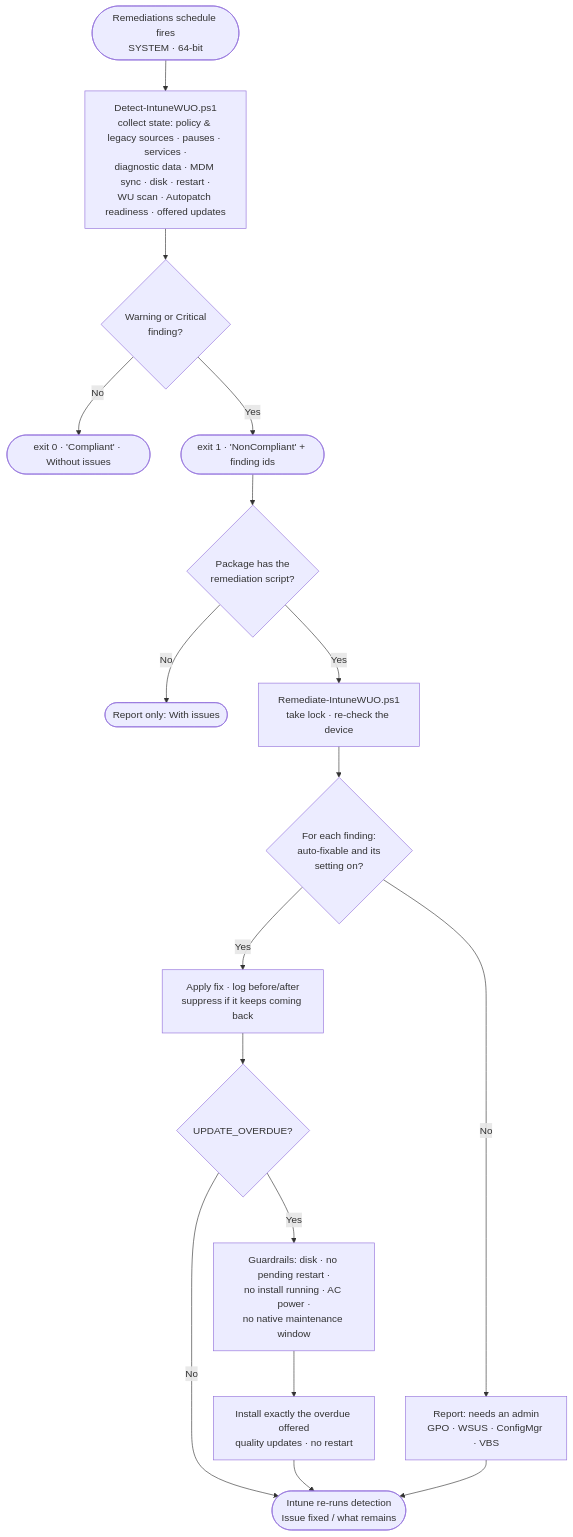
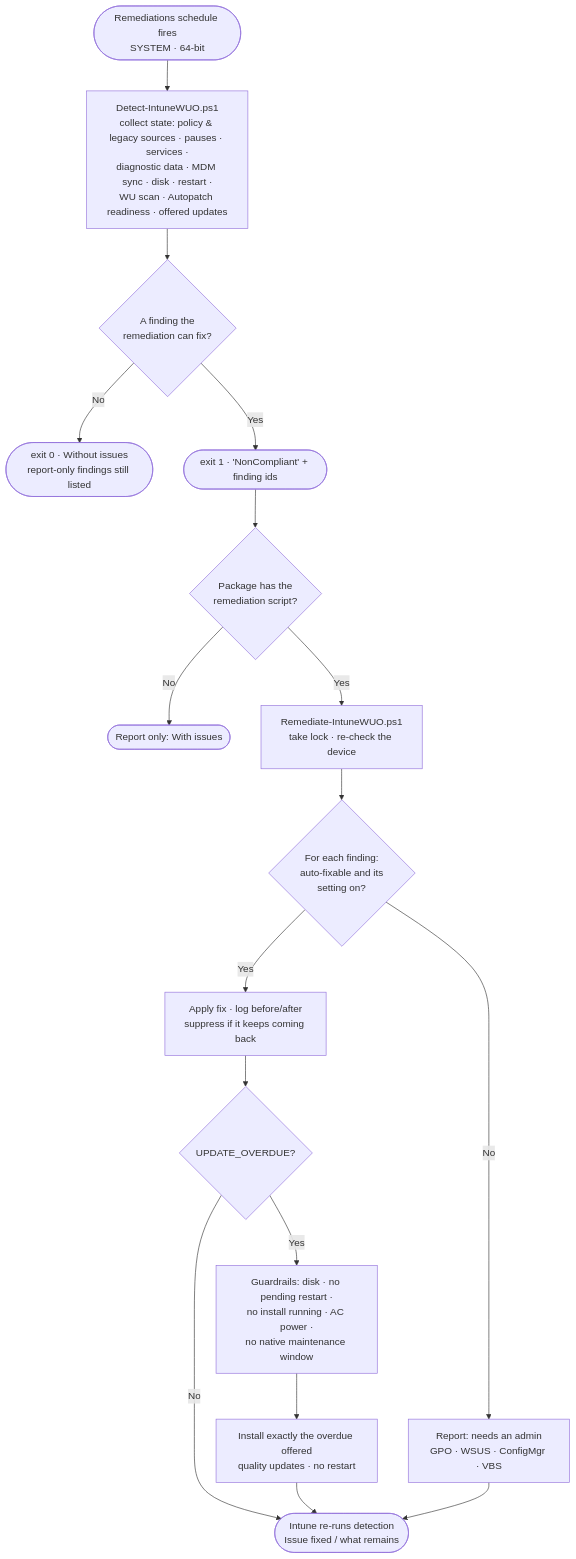
One commit to bmrepository/Intune-WUOP changed the first of 2 diagrams in README.md. Above: the diagram before and after it, drawn with Mermaid. The commit also changed other lines of this file and 21 other files, not shown here.

First line of the commit message:
Release v1.1.0: report-only findings no longer recur; show the values found

````diff
--- a/README.md
+++ b/README.md
@@ -214,19 +214,19 @@
 ```mermaid
 flowchart TD
   A([Remediations schedule fires<br/>SYSTEM · 64-bit]) --> B[Detect-IntuneWUO.ps1<br/>collect state: policy & legacy sources · pauses · services ·<br/>diagnostic data · MDM sync · disk · restart ·<br/>WU scan · Autopatch readiness · offered updates]
-  B --> C{Warning or Critical<br/>finding?}
-  C -- No --> D([exit 0 · 'Compliant' · Without issues])
+  B --> C{A finding the<br/>remediation can fix?}
+  C -- No --> D([exit 0 · Without issues<br/>report-only findings still listed])
   C -- Yes --> E([exit 1 · 'NonCompliant' + finding ids])
   E --> F{Package has the<br/>remediation script?}
   F -- No --> G([Report only: With issues])
   F -- Yes --> H[Remediate-IntuneWUO.ps1<br/>take lock · re-check the device]
   H --> I{For each finding:<br/>auto-fixable and its<br/>setting on?}
   I -- No --> J[Report: needs an admin<br/>GPO · WSUS · ConfigMgr · VBS]
   I -- Yes --> K[Apply fix · log before/after<br/>suppress if it keeps coming back]
   K --> L{UPDATE_OVERDUE?}
   L -- Yes --> M[Guardrails: disk · no pending restart ·<br/>no install running · AC power ·<br/>no native maintenance window]
   M --> N[Install exactly the overdue offered<br/>quality updates · no restart]
   L -- No --> O
   N --> O([Intune re-runs detection<br/>Issue fixed / what remains])
   J --> O
 ```
````
